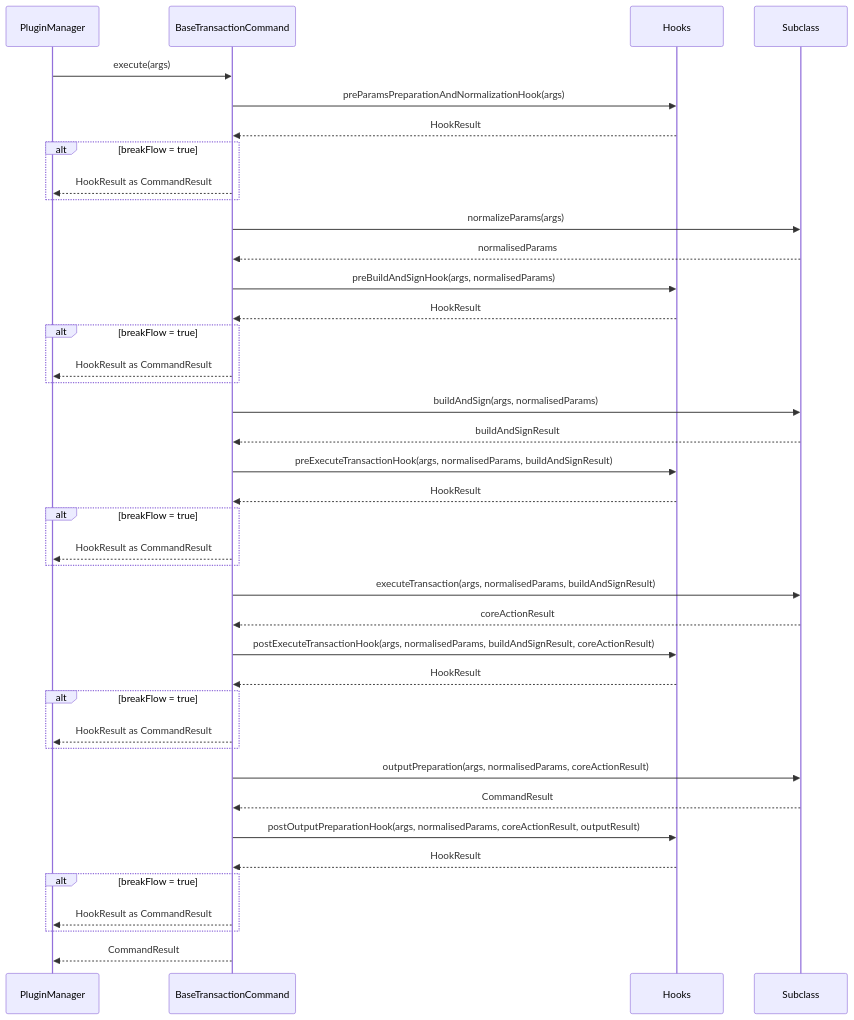
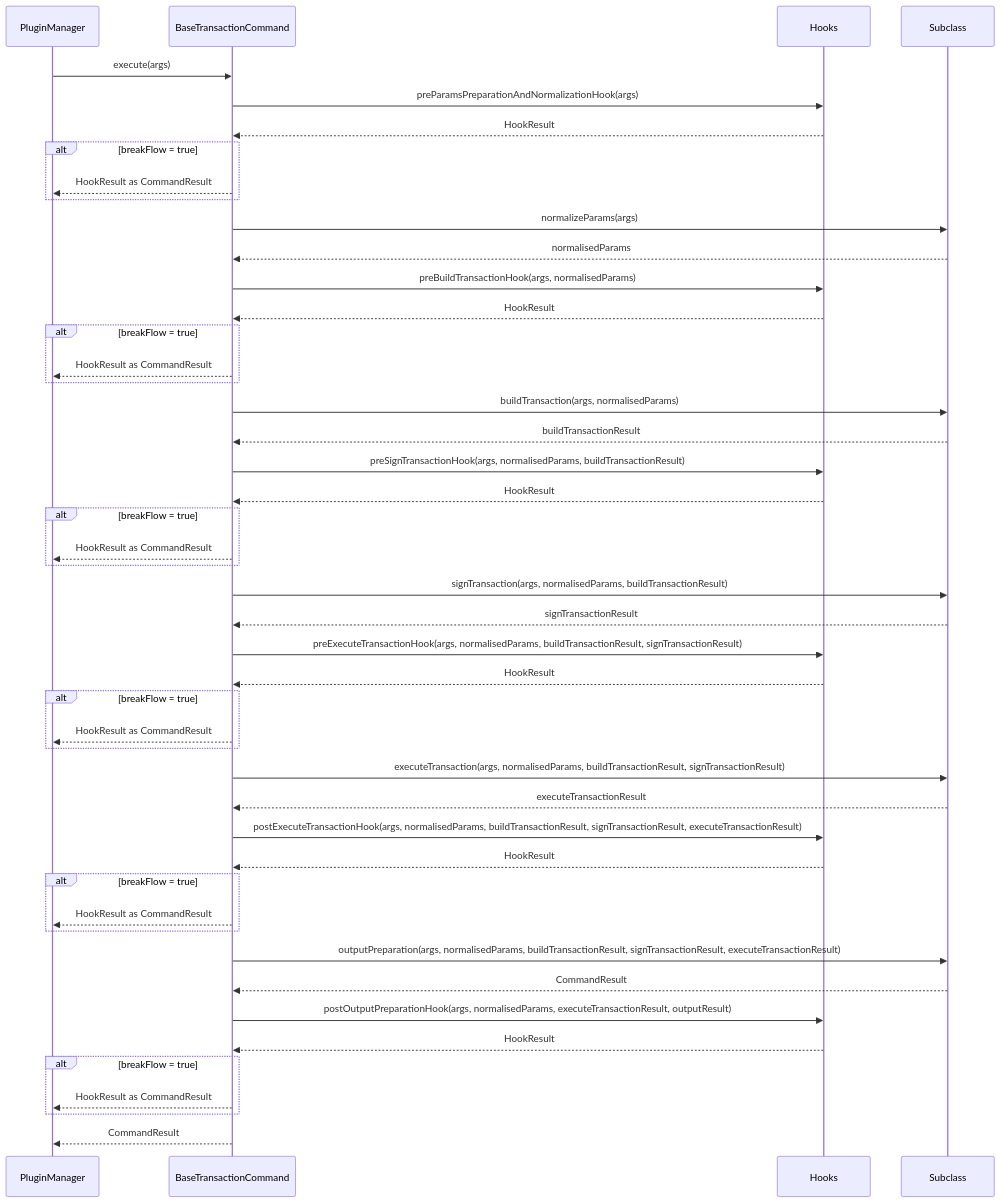
One commit to hiero-ledger/hiero-cli changed the diagram in docs/adr/ADR-009-class-based-handler-and-hook-architecture.md. Above: the diagram before and after it, drawn with Mermaid. The commit also changed other lines of this file and 1 other file, not shown here.

````diff
--- a/docs/adr/ADR-009-class-based-handler-and-hook-architecture.md
+++ b/docs/adr/ADR-009-class-based-handler-and-hook-architecture.md
@@ -722,53 +741,62 @@
 ```mermaid
 sequenceDiagram
     participant PM as PluginManager
     participant BC as BaseTransactionCommand
     participant H as Hooks
     participant Sub as Subclass
 
     PM->>BC: execute(args)
 
     BC->>H: preParamsPreparationAndNormalizationHook(args)
     H-->>BC: HookResult
     alt breakFlow = true
         BC-->>PM: HookResult as CommandResult
     end
 
     BC->>Sub: normalizeParams(args)
     Sub-->>BC: normalisedParams
 
-    BC->>H: preBuildAndSignHook(args, normalisedParams)
+    BC->>H: preBuildTransactionHook(args, normalisedParams)
     H-->>BC: HookResult
     alt breakFlow = true
         BC-->>PM: HookResult as CommandResult
     end
 
-    BC->>Sub: buildAndSign(args, normalisedParams)
-    Sub-->>BC: buildAndSignResult
+    BC->>Sub: buildTransaction(args, normalisedParams)
+    Sub-->>BC: buildTransactionResult
 
-    BC->>H: preExecuteTransactionHook(args, normalisedParams, buildAndSignResult)
+    BC->>H: preSignTransactionHook(args, normalisedParams, buildTransactionResult)
     H-->>BC: HookResult
     alt breakFlow = true
         BC-->>PM: HookResult as CommandResult
     end
 
-    BC->>Sub: executeTransaction(args, normalisedParams, buildAndSignResult)
-    Sub-->>BC: coreActionResult
+    BC->>Sub: signTransaction(args, normalisedParams, buildTransactionResult)
+    Sub-->>BC: signTransactionResult
 
-    BC->>H: postExecuteTransactionHook(args, normalisedParams, buildAndSignResult, coreActionResult)
+    BC->>H: preExecuteTransactionHook(args, normalisedParams, buildTransactionResult, signTransactionResult)
     H-->>BC: HookResult
     alt breakFlow = true
         BC-->>PM: HookResult as CommandResult
     end
 
-    BC->>Sub: outputPreparation(args, normalisedParams, coreActionResult)
+    BC->>Sub: executeTransaction(args, normalisedParams, buildTransactionResult, signTransactionResult)
+    Sub-->>BC: executeTransactionResult
+
+    BC->>H: postExecuteTransactionHook(args, normalisedParams, buildTransactionResult, signTransactionResult, executeTransactionResult)
+    H-->>BC: HookResult
+    alt breakFlow = true
+        BC-->>PM: HookResult as CommandResult
+    end
+
+    BC->>Sub: outputPreparation(args, normalisedParams, buildTransactionResult, signTransactionResult, executeTransactionResult)
     Sub-->>BC: CommandResult
 
-    BC->>H: postOutputPreparationHook(args, normalisedParams, coreActionResult, outputResult)
+    BC->>H: postOutputPreparationHook(args, normalisedParams, executeTransactionResult, outputResult)
     H-->>BC: HookResult
     alt breakFlow = true
         BC-->>PM: HookResult as CommandResult
     end
 
     BC-->>PM: CommandResult
 ```
````
